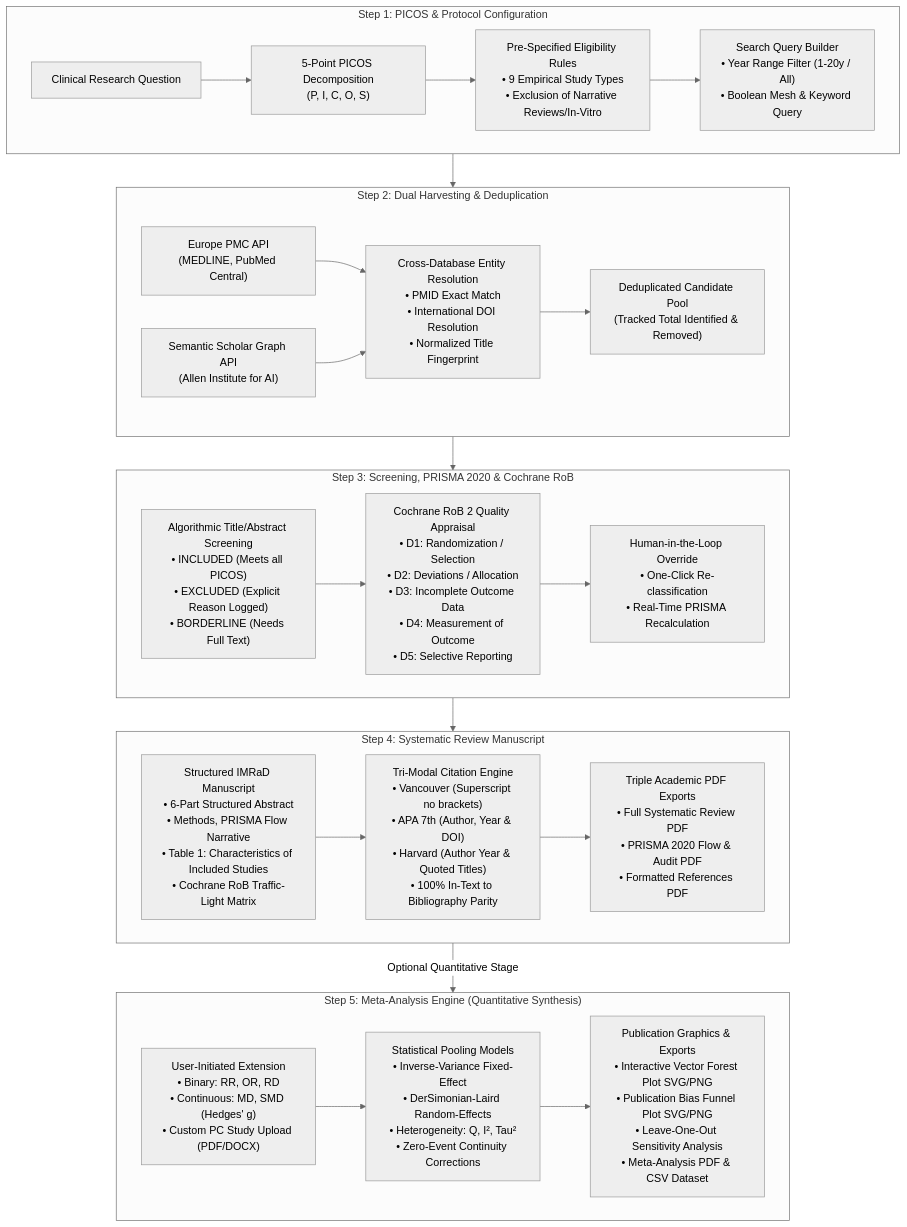
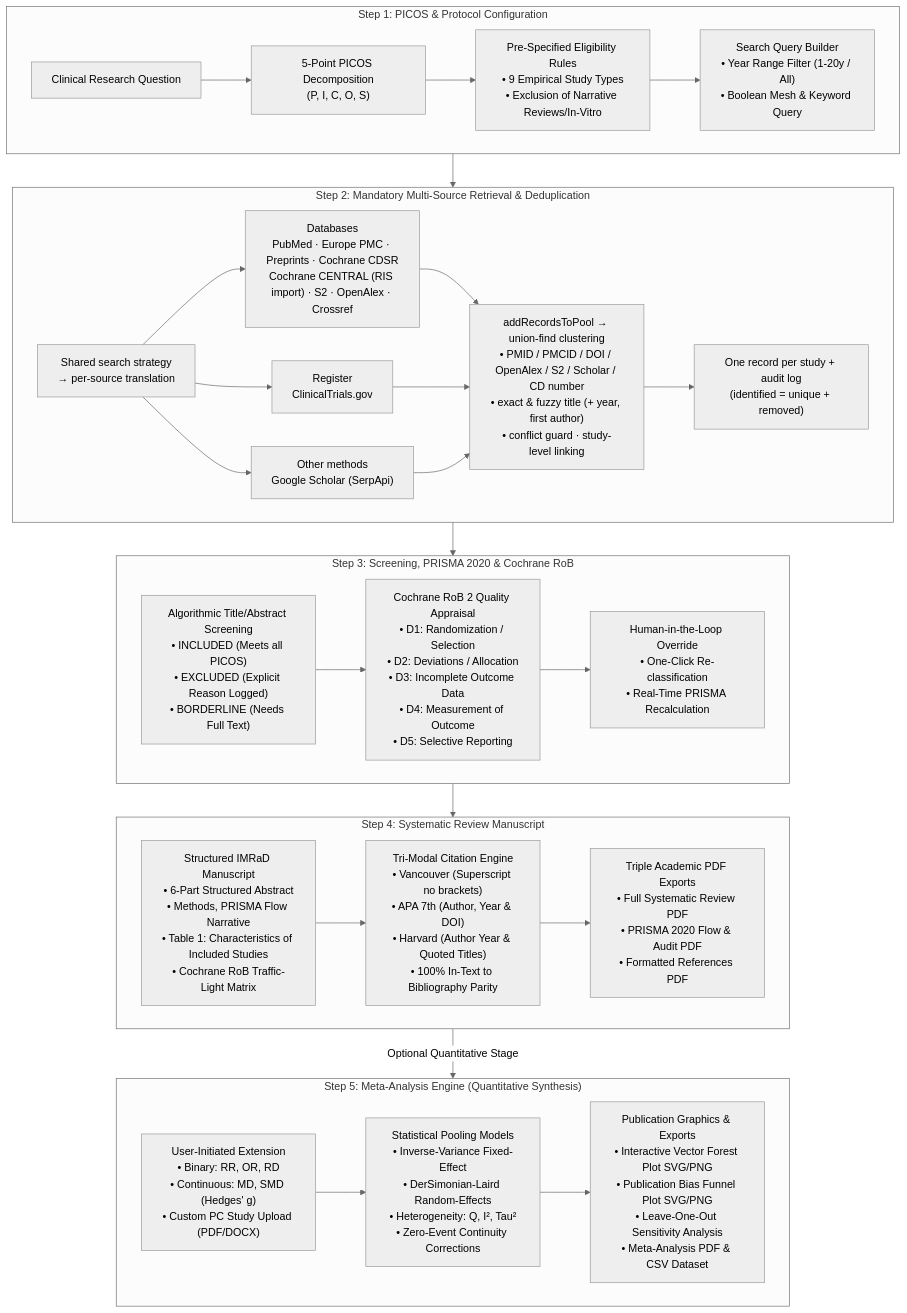
Before and after one commit to roroleaks/Sysrevai: the first of 4 diagrams in README.md, drawn with Mermaid (neutral theme). The commit also changed other lines of this file and 1 other file, not shown here.

First line of the commit message:
docs: README and CHANGELOG for mandatory sources and cluster deduplication

````diff
--- a/README.md
+++ b/README.md
@@ -114,31 +114,33 @@
 ```mermaid
 flowchart TD
     subgraph S1["Step 1: PICOS & Protocol Configuration"]
         A1["Clinical Research Question"] --> A2["5-Point PICOS Decomposition<br/>(P, I, C, O, S)"]
         A2 --> A3["Pre-Specified Eligibility Rules<br/>• 9 Empirical Study Types<br/>• Exclusion of Narrative Reviews/In-Vitro"]
         A3 --> A4["Search Query Builder<br/>• Year Range Filter (1-20y / All)<br/>• Boolean Mesh & Keyword Query"]
     end
 
-    subgraph S2["Step 2: Dual Harvesting & Deduplication"]
-        B1["Europe PMC API<br/>(MEDLINE, PubMed Central)"] & B2["Semantic Scholar Graph API<br/>(Allen Institute for AI)"] --> B3["Cross-Database Entity Resolution<br/>• PMID Exact Match<br/>• International DOI Resolution<br/>• Normalized Title Fingerprint"]
-        B3 --> B4["Deduplicated Candidate Pool<br/>(Tracked Total Identified & Removed)"]
+    subgraph S2["Step 2: Mandatory Multi-Source Retrieval & Deduplication"]
+        B0["Shared search strategy<br/>→ per-source translation"] --> B1["Databases<br/>PubMed · Europe PMC · Preprints · Cochrane CDSR<br/>Cochrane CENTRAL (RIS import) · S2 · OpenAlex · Crossref"]
+        B0 --> B2["Register<br/>ClinicalTrials.gov"] & B5["Other methods<br/>Google Scholar (SerpApi)"]
+        B1 & B2 & B5 --> B3["addRecordsToPool → union-find clustering<br/>• PMID / PMCID / DOI / OpenAlex / S2 / Scholar / CD number<br/>• exact & fuzzy title (+ year, first author)<br/>• conflict guard · study-level linking"]
+        B3 --> B4["One record per study + audit log<br/>(identified = unique + removed)"]
     end
 
     subgraph S3["Step 3: Screening, PRISMA 2020 & Cochrane RoB"]
         C1["Algorithmic Title/Abstract Screening<br/>• INCLUDED (Meets all PICOS)<br/>• EXCLUDED (Explicit Reason Logged)<br/>• BORDERLINE (Needs Full Text)"] --> C2["Cochrane RoB 2 Quality Appraisal<br/>• D1: Randomization / Selection<br/>• D2: Deviations / Allocation<br/>• D3: Incomplete Outcome Data<br/>• D4: Measurement of Outcome<br/>• D5: Selective Reporting"]
         C2 --> C3["Human-in-the-Loop Override<br/>• One-Click Re-classification<br/>• Real-Time PRISMA Recalculation"]
     end
 
     subgraph S4["Step 4: Systematic Review Manuscript"]
         D1["Structured IMRaD Manuscript<br/>• 6-Part Structured Abstract<br/>• Methods, PRISMA Flow Narrative<br/>• Table 1: Characteristics of Included Studies<br/>• Cochrane RoB Traffic-Light Matrix"] --> D2["Tri-Modal Citation Engine<br/>• Vancouver (Superscript no brackets)<br/>• APA 7th (Author, Year & DOI)<br/>• Harvard (Author Year & Quoted Titles)<br/>• 100% In-Text to Bibliography Parity"]
         D2 --> D3["Triple Academic PDF Exports<br/>• Full Systematic Review PDF<br/>• PRISMA 2020 Flow & Audit PDF<br/>• Formatted References PDF"]
     end
 
     subgraph S5["Step 5: Meta-Analysis Engine (Quantitative Synthesis)"]
         E1["User-Initiated Extension<br/>• Binary: RR, OR, RD<br/>• Continuous: MD, SMD (Hedges' g)<br/>• Custom PC Study Upload (PDF/DOCX)"] --> E2["Statistical Pooling Models<br/>• Inverse-Variance Fixed-Effect<br/>• DerSimonian-Laird Random-Effects<br/>• Heterogeneity: Q, I², Tau²<br/>• Zero-Event Continuity Corrections"]
         E2 --> E3["Publication Graphics & Exports<br/>• Interactive Vector Forest Plot SVG/PNG<br/>• Publication Bias Funnel Plot SVG/PNG<br/>• Leave-One-Out Sensitivity Analysis<br/>• Meta-Analysis PDF & CSV Dataset"]
     end
 
     S1 --> S2 --> S3 --> S4
     S4 -->|Optional Quantitative Stage| S5
 ```
````
